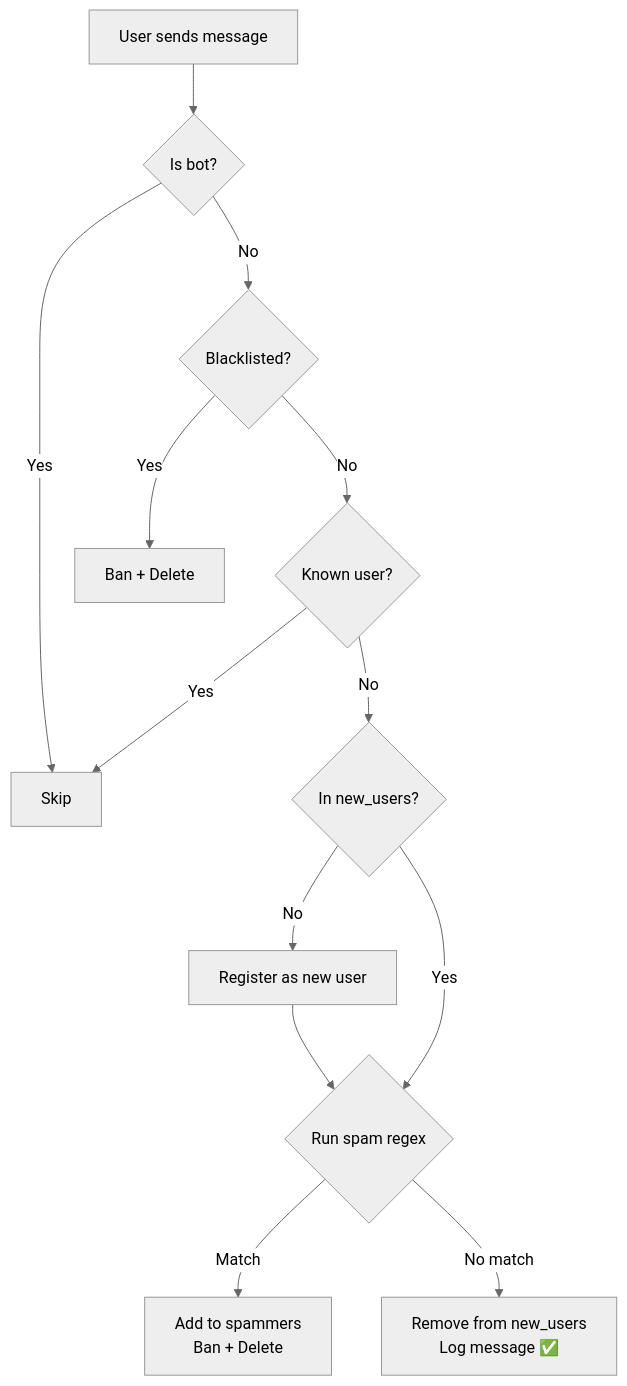
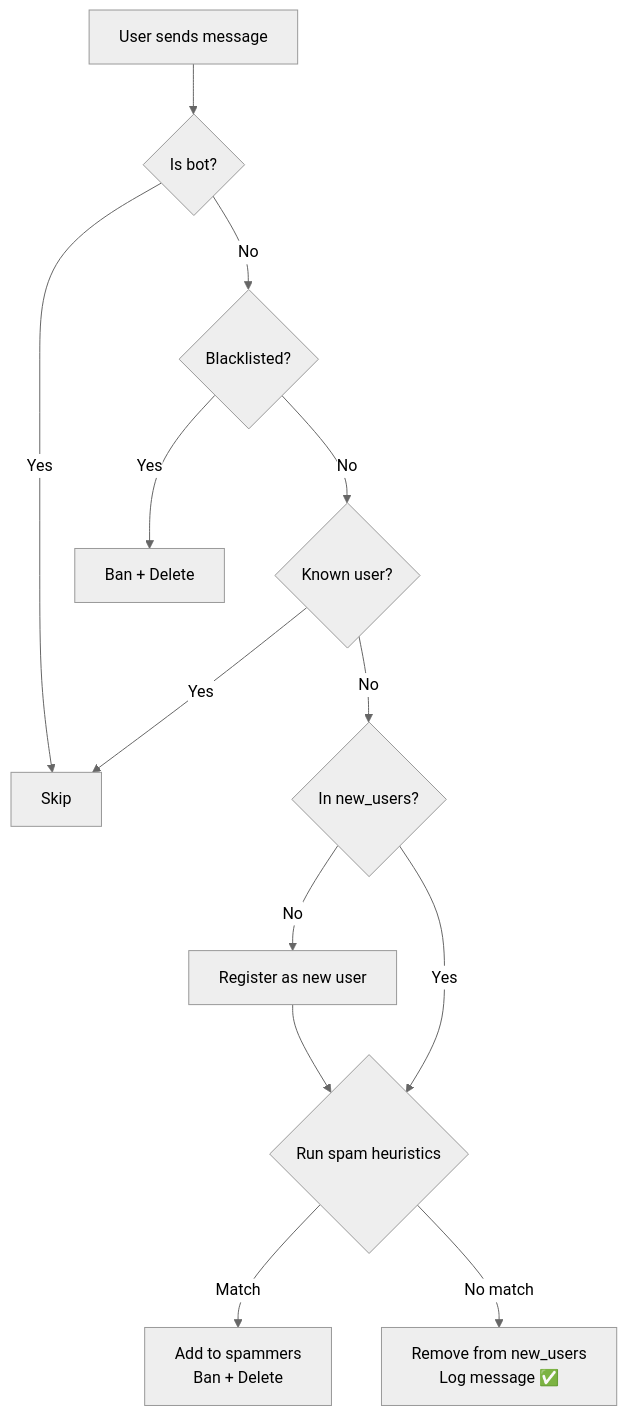
One commit to tadatuta/tg-vahter changed the diagram in README.md. Above: the diagram before and after it, drawn with Mermaid (neutral theme). The commit also changed other lines of this file and 4 other files, not shown here.

Commit message:
fix: allow safe unicode in spam heuristics

````diff
--- a/README.md
+++ b/README.md
@@ -31,15 +31,15 @@
 ```mermaid
 flowchart TD
     A["User sends message"] --> B{"Is bot?"}
     B -- Yes --> Z["Skip"]
     B -- No --> C{"Blacklisted?"}
     C -- Yes --> D["Ban + Delete"]
     C -- No --> E{"Known user?"}
     E -- Yes --> Z
     E -- No --> F{"In new_users?"}
     F -- No --> G["Register as new user"]
     G --> H
-    F -- Yes --> H{"Run spam regex"}
+    F -- Yes --> H{"Run spam heuristics"}
     H -- Match --> I["Add to spammers\nBan + Delete"]
     H -- No match --> J["Remove from new_users\nLog message ✅"]
 ```
````
